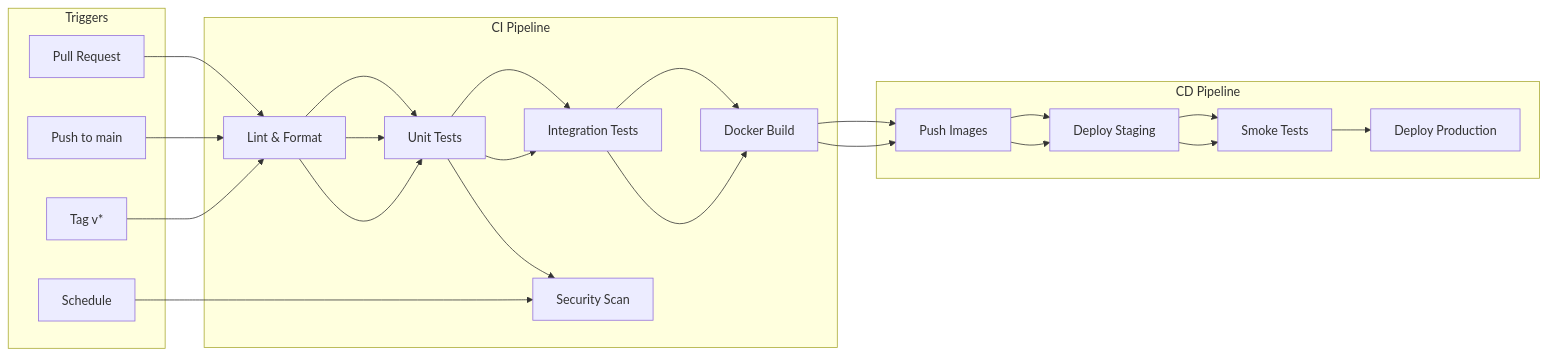
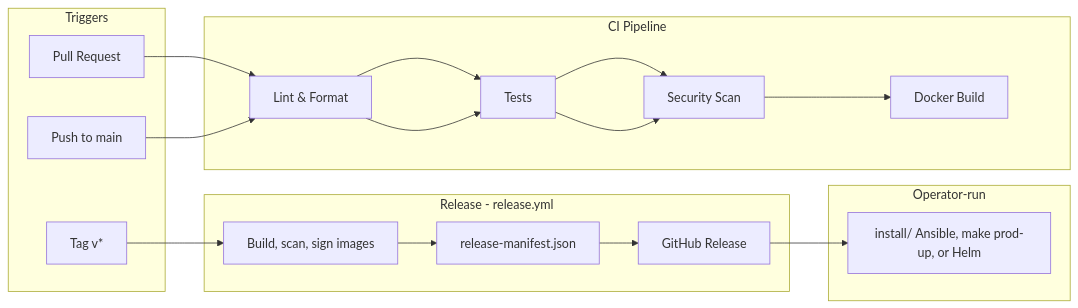
One commit to mblanke/TrueNorth changed the first of 2 diagrams in docs/BUILD.md. Above: the diagram before and after it, drawn with Mermaid. The commit also changed other lines of this file, not shown here.

Commit message:
uncommitted at end of run w-dc-build-r1 (collected by tn-run.sh)

````diff
--- a/docs/BUILD.md
+++ b/docs/BUILD.md
@@ -37,29 +42,30 @@
 ```mermaid
 flowchart LR
     subgraph Triggers
         PR[Pull Request]
         PUSH[Push to main]
         TAG[Tag v*]
-        SCHED[Schedule]
     end
 
     subgraph CI Pipeline
         LINT[Lint & Format]
-        TEST[Unit Tests]
-        ITEST[Integration Tests]
+        TEST[Tests]
         SEC[Security Scan]
         BUILD[Docker Build]
     end
 
-    subgraph CD Pipeline
-        PUSH_IMG[Push Images]
-        STAGE[Deploy Staging]
-        SMOKE[Smoke Tests]
-        PROD[Deploy Production]
+    subgraph Release - release.yml
+        RIMG[Build, scan, sign images]
+        RMAN[release-manifest.json]
+        RREL[GitHub Release]
+    end
+
+    subgraph Operator-run
+        INST[install/ Ansible, make prod-up, or Helm]
     end
 
     PR --> LINT --> TEST --> SEC
-    PUSH --> LINT --> TEST --> ITEST --> BUILD --> PUSH_IMG --> STAGE --> SMOKE
-    TAG --> LINT --> TEST --> ITEST --> BUILD --> PUSH_IMG --> STAGE --> SMOKE --> PROD
-    SCHED --> SEC
+    PUSH --> LINT --> TEST --> SEC --> BUILD
+    TAG --> RIMG --> RMAN --> RREL
+    RREL --> INST
 ```
````
